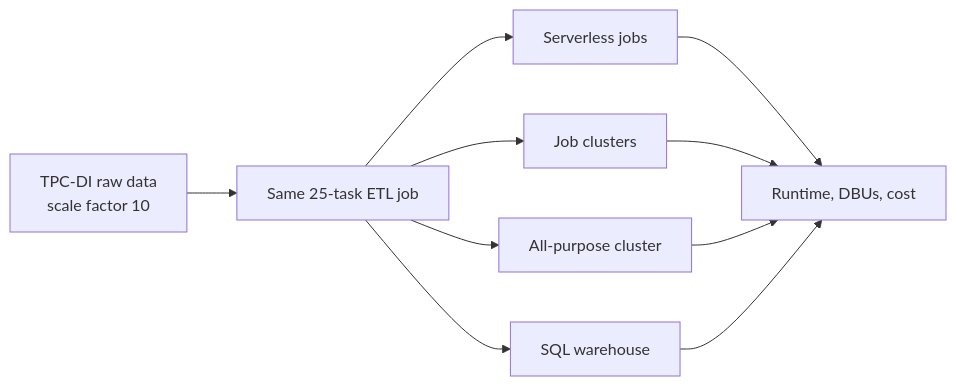
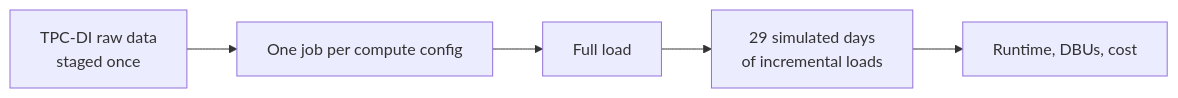
The diagram in README.md (firstprinciplesde/elt-benchmark), drawn with Mermaid before and after one commit. The commit also changed other lines of this file and 7 other files, not shown here.

Commit message:
Add augmented incremental single-job benchmark, serverless SF10 results, update READMEs

````diff
--- a/README.md
+++ b/README.md
@@ -10,9 +10,7 @@
 ```mermaid
 flowchart LR
-    A[TPC-DI raw data<br/>scale factor 10] --> B[Same 25-task ETL job]
-    B --> C1[Serverless jobs]
-    B --> C2[Job clusters]
-    B --> C3[All-purpose cluster]
-    B --> C4[SQL warehouse]
-    C1 & C2 & C3 & C4 --> D[Runtime, DBUs, cost]
+    A[TPC-DI raw data<br/>staged once] --> B[One job per compute config]
+    B --> C[Full load]
+    C --> D[29 simulated days<br/>of incremental loads]
+    D --> E[Runtime, DBUs, cost]
 ```
````
